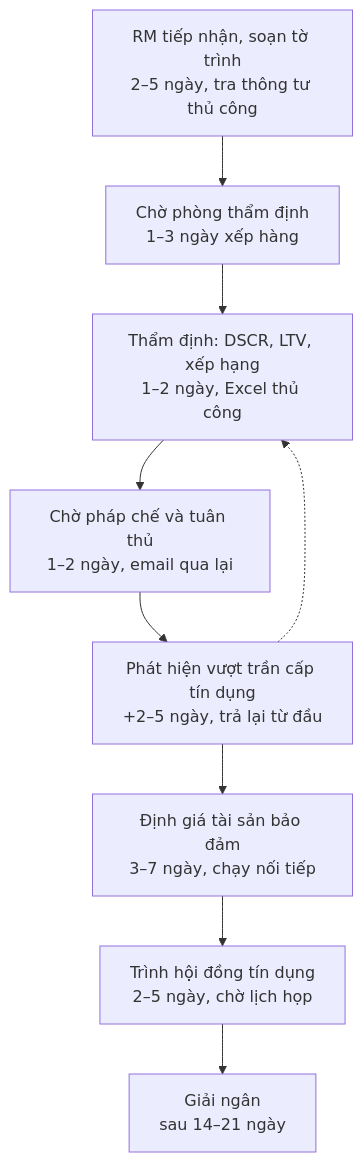
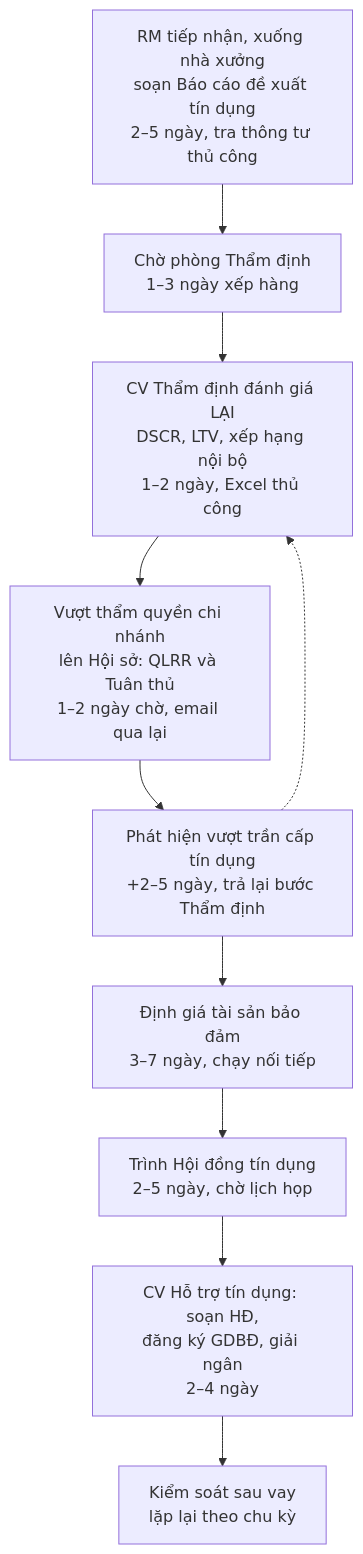
Before and after one commit to Tai-TZ/aulacys: the first of 4 diagrams in docs/SHB-Digital-Expert-Agents-Solution-Design.md, drawn with Mermaid. The commit also changed other lines of this file and 50 other files, not shown here.

````diff
--- a/docs/SHB-Digital-Expert-Agents-Solution-Design.md
+++ b/docs/SHB-Digital-Expert-Agents-Solution-Design.md
@@ -355,11 +401,12 @@
 ```mermaid
 flowchart TD
-    A["RM tiếp nhận, soạn tờ trình<br/>2–5 ngày, tra thông tư thủ công"] --> B["Chờ phòng thẩm định<br/>1–3 ngày xếp hàng"]
-    B --> C["Thẩm định: DSCR, LTV, xếp hạng<br/>1–2 ngày, Excel thủ công"]
-    C --> D["Chờ pháp chế và tuân thủ<br/>1–2 ngày, email qua lại"]
-    D --> E["Phát hiện vượt trần cấp tín dụng<br/>+2–5 ngày, trả lại từ đầu"]
+    A["RM tiếp nhận, xuống nhà xưởng<br/>soạn Báo cáo đề xuất tín dụng<br/>2–5 ngày, tra thông tư thủ công"] --> B["Chờ phòng Thẩm định<br/>1–3 ngày xếp hàng"]
+    B --> C["CV Thẩm định đánh giá LẠI<br/>DSCR, LTV, xếp hạng nội bộ<br/>1–2 ngày, Excel thủ công"]
+    C --> D["Vượt thẩm quyền chi nhánh<br/>lên Hội sở: QLRR và Tuân thủ<br/>1–2 ngày chờ, email qua lại"]
+    D --> E["Phát hiện vượt trần cấp tín dụng<br/>+2–5 ngày, trả lại bước Thẩm định"]
     E -.-> C
     E --> F["Định giá tài sản bảo đảm<br/>3–7 ngày, chạy nối tiếp"]
-    F --> G["Trình hội đồng tín dụng<br/>2–5 ngày, chờ lịch họp"]
-    G --> H["Giải ngân<br/>sau 14–21 ngày"]
+    F --> G["Trình Hội đồng tín dụng<br/>2–5 ngày, chờ lịch họp"]
+    G --> H["CV Hỗ trợ tín dụng: soạn HĐ,<br/>đăng ký GDBĐ, giải ngân<br/>2–4 ngày"]
+    H --> I["Kiểm soát sau vay<br/>lặp lại theo chu kỳ"]
 ```
````
